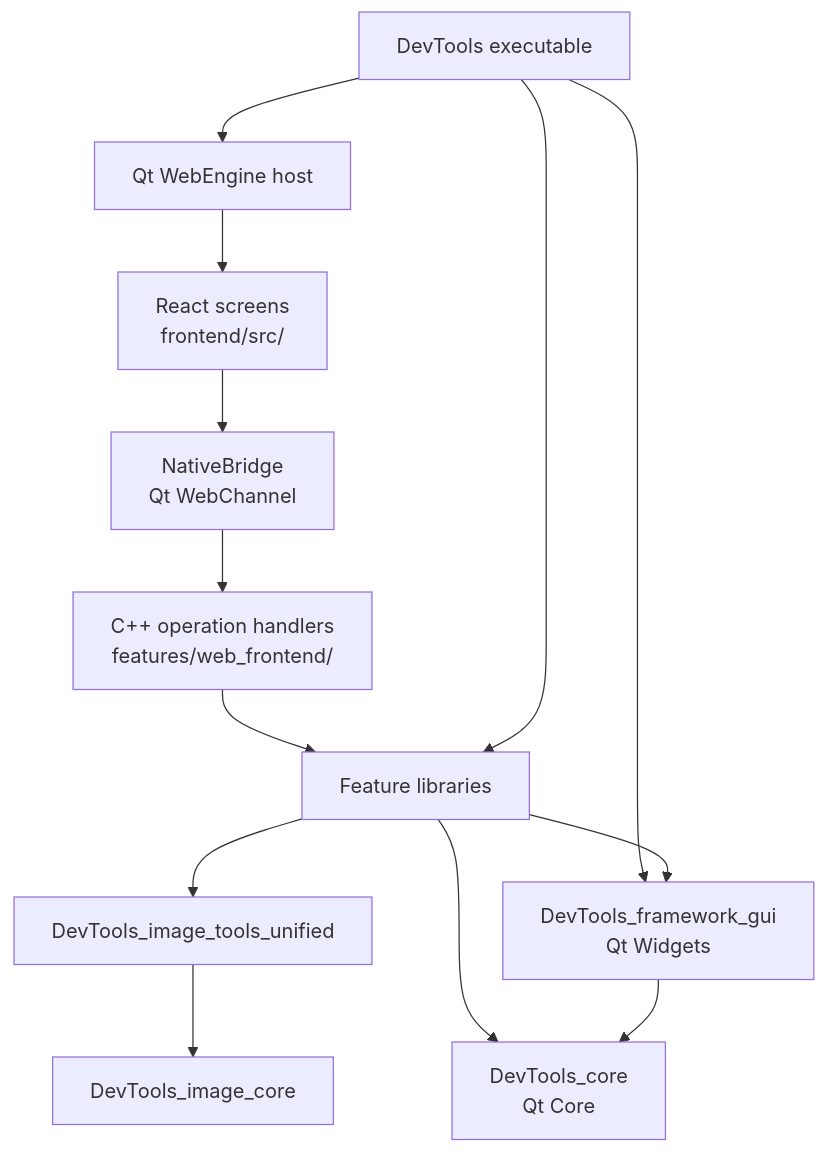
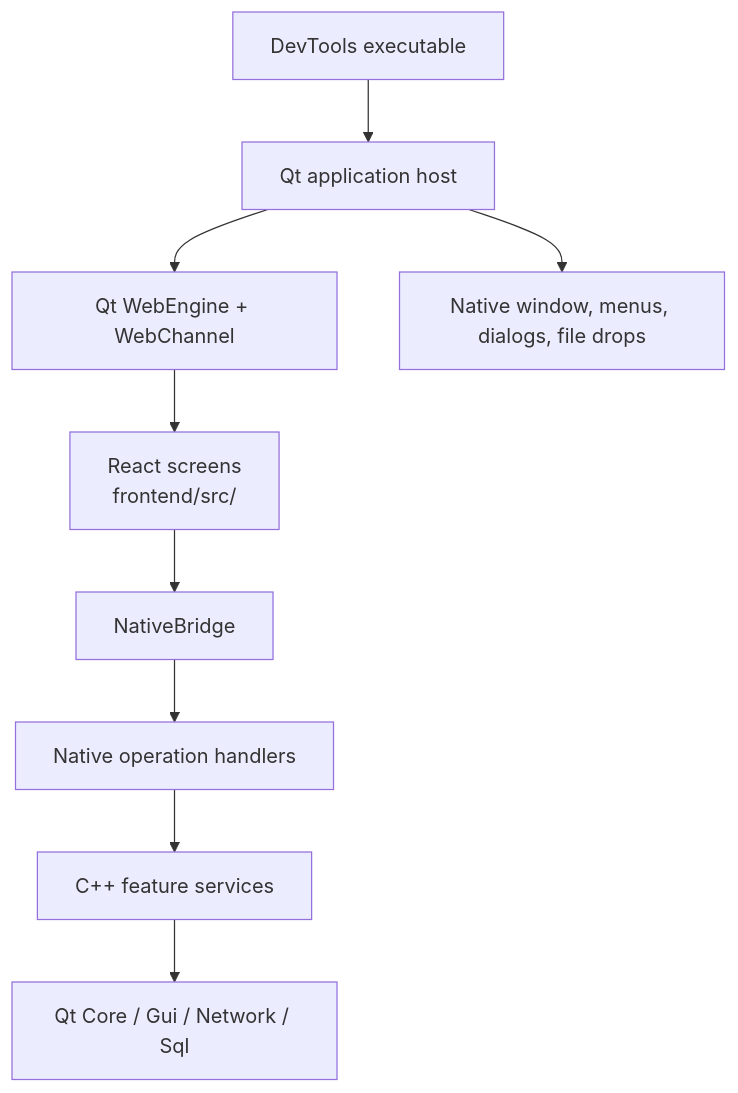
One commit to LotusAndCompany/devtools changed the first of 2 diagrams in docs/development/architecture.md. Above: the diagram before and after it, drawn with Mermaid. The commit also changed other lines of this file and 141 other files, not shown here.

````diff
--- a/docs/development/architecture.md
+++ b/docs/development/architecture.md
@@ -70,21 +44,11 @@
 ```mermaid
 flowchart TD
-    app["DevTools executable"]
-    app --> web_host["Qt WebEngine host"]
-    web_host --> react["React screens<br/>frontend/src/"]
-    react --> bridge["NativeBridge<br/>Qt WebChannel"]
-    bridge --> operations["C++ operation handlers<br/>features/web_frontend/"]
-    operations --> features
-    features["Feature libraries"]
-    image["DevTools_image_tools_unified"]
-    image_core["DevTools_image_core"]
-    gui["DevTools_framework_gui<br/>Qt Widgets"]
-    core["DevTools_core<br/>Qt Core"]
-    app --> features
-    app --> gui
-    features --> image
-    features --> gui
-    features --> core
-    image --> image_core
-    gui --> core
+    app["DevTools executable"] --> host["Qt application host"]
+    host --> webengine["Qt WebEngine + WebChannel"]
+    webengine --> react["React screens<br/>frontend/src/"]
+    react --> bridge["NativeBridge"]
+    bridge --> handlers["Native operation handlers"]
+    handlers --> services["C++ feature services"]
+    services --> core["Qt Core / Gui / Network / Sql"]
+    host --> platform["Native window, menus, dialogs, file drops"]
 ```
````
